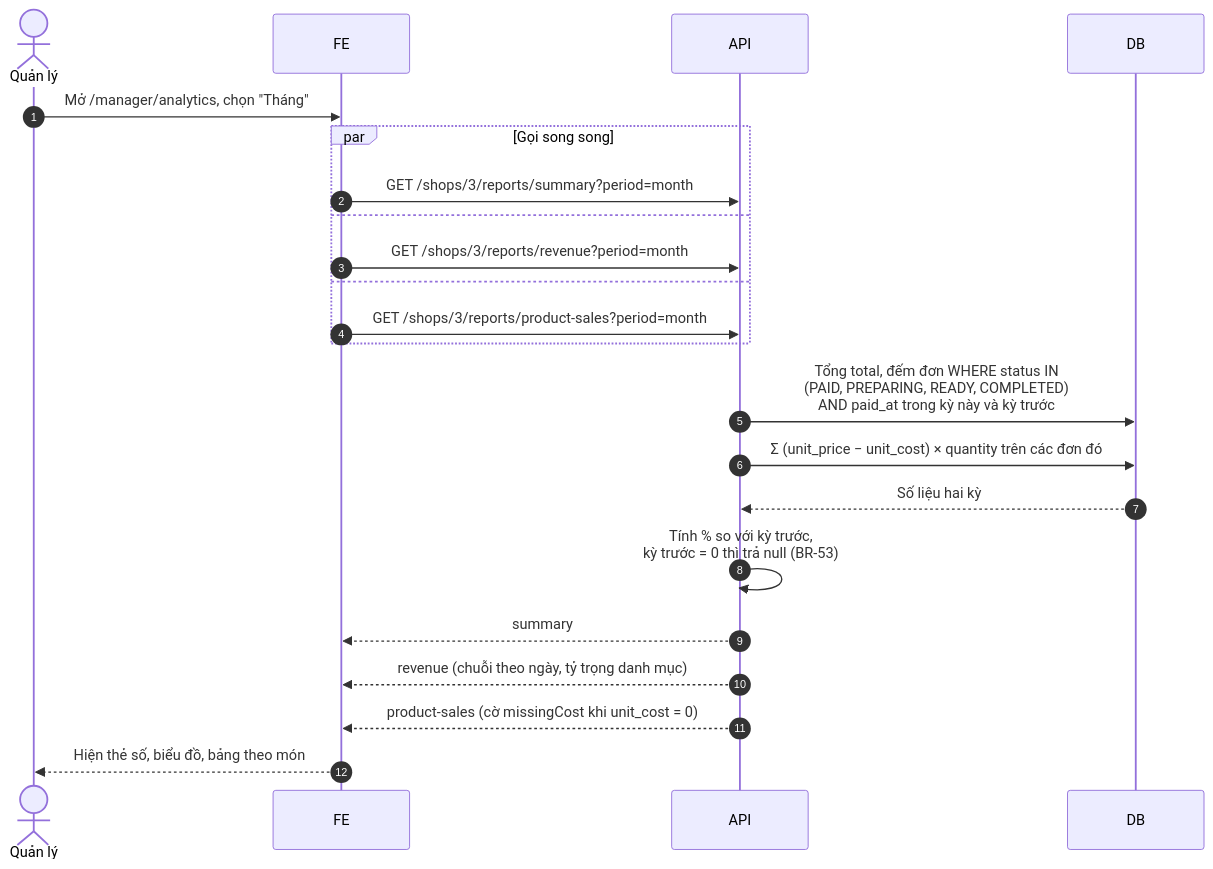
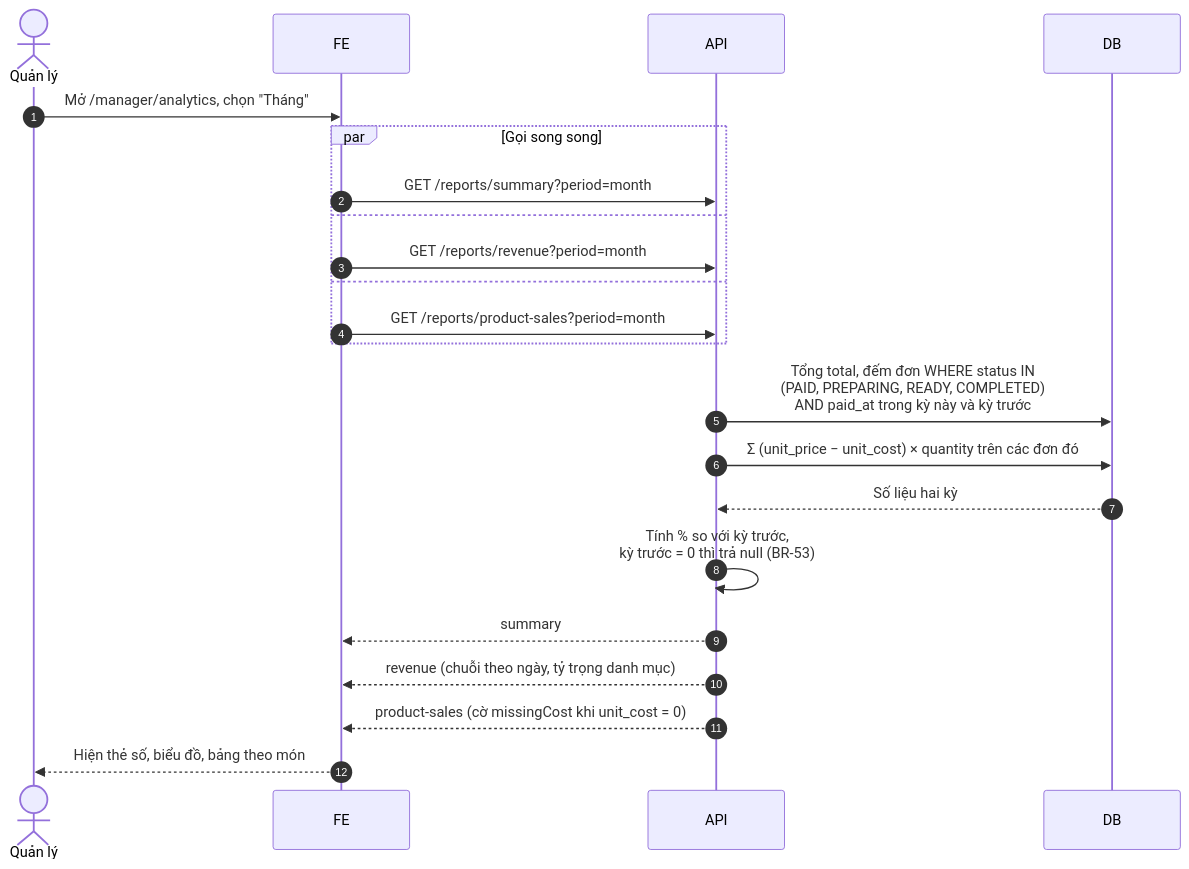
One commit to ThanhQuy-wolf/Coffee-Shop-Backup changed the seventh of 7 diagrams in docs/07-sequence.md. Above: the diagram before and after it, drawn with Mermaid. The commit also changed other lines of this file and 65 other files, not shown here.

````diff
--- a/docs/07-sequence.md
+++ b/docs/07-sequence.md
@@ -245,26 +245,26 @@
 ```mermaid
 sequenceDiagram
     autonumber
     actor QL as Quản lý
     participant FE
     participant API
     participant DB
 
     QL->>FE: Mở /manager/analytics, chọn "Tháng"
     par Gọi song song
-        FE->>API: GET /shops/3/reports/summary?period=month
+        FE->>API: GET /reports/summary?period=month
     and
-        FE->>API: GET /shops/3/reports/revenue?period=month
+        FE->>API: GET /reports/revenue?period=month
     and
-        FE->>API: GET /shops/3/reports/product-sales?period=month
+        FE->>API: GET /reports/product-sales?period=month
     end
 
     API->>DB: Tổng total, đếm đơn WHERE status IN<br/>(PAID, PREPARING, READY, COMPLETED)<br/>AND paid_at trong kỳ này và kỳ trước
     API->>DB: Σ (unit_price − unit_cost) × quantity trên các đơn đó
     DB-->>API: Số liệu hai kỳ
     API->>API: Tính % so với kỳ trước,<br/>kỳ trước = 0 thì trả null (BR-53)
     API-->>FE: summary
     API-->>FE: revenue (chuỗi theo ngày, tỷ trọng danh mục)
     API-->>FE: product-sales (cờ missingCost khi unit_cost = 0)
     FE-->>QL: Hiện thẻ số, biểu đồ, bảng theo món
 ```
````
